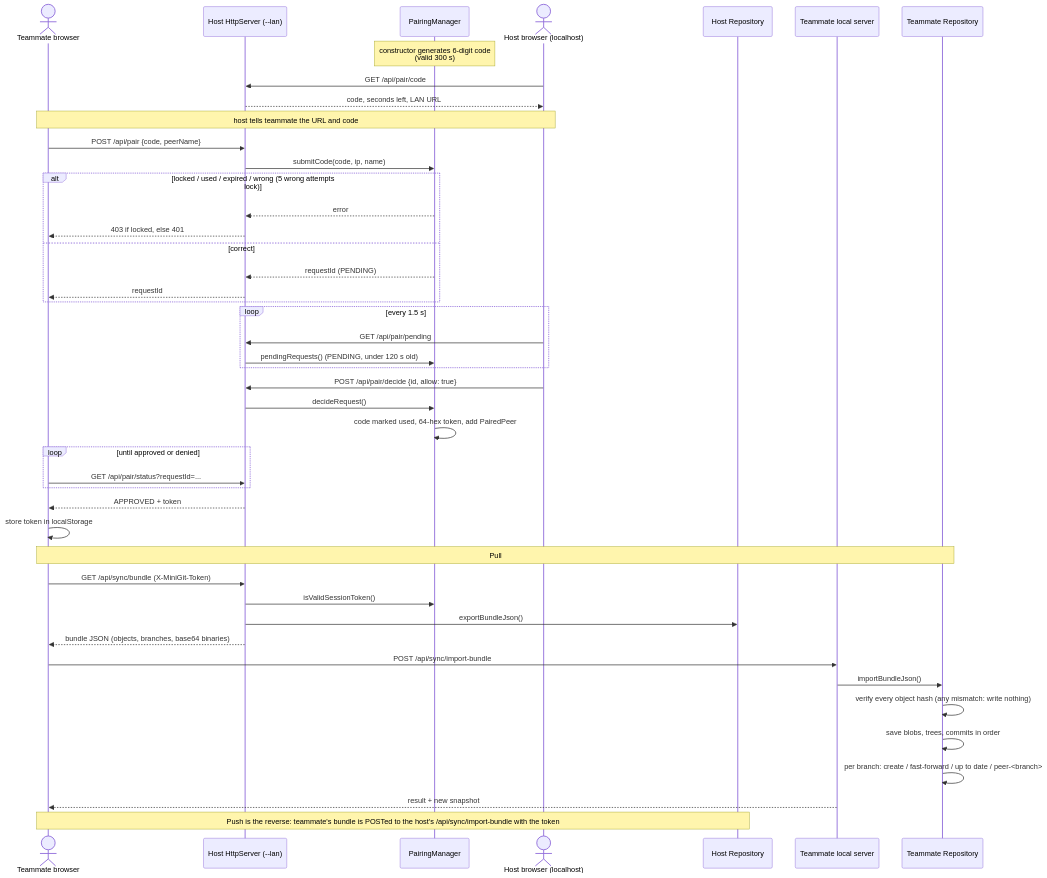
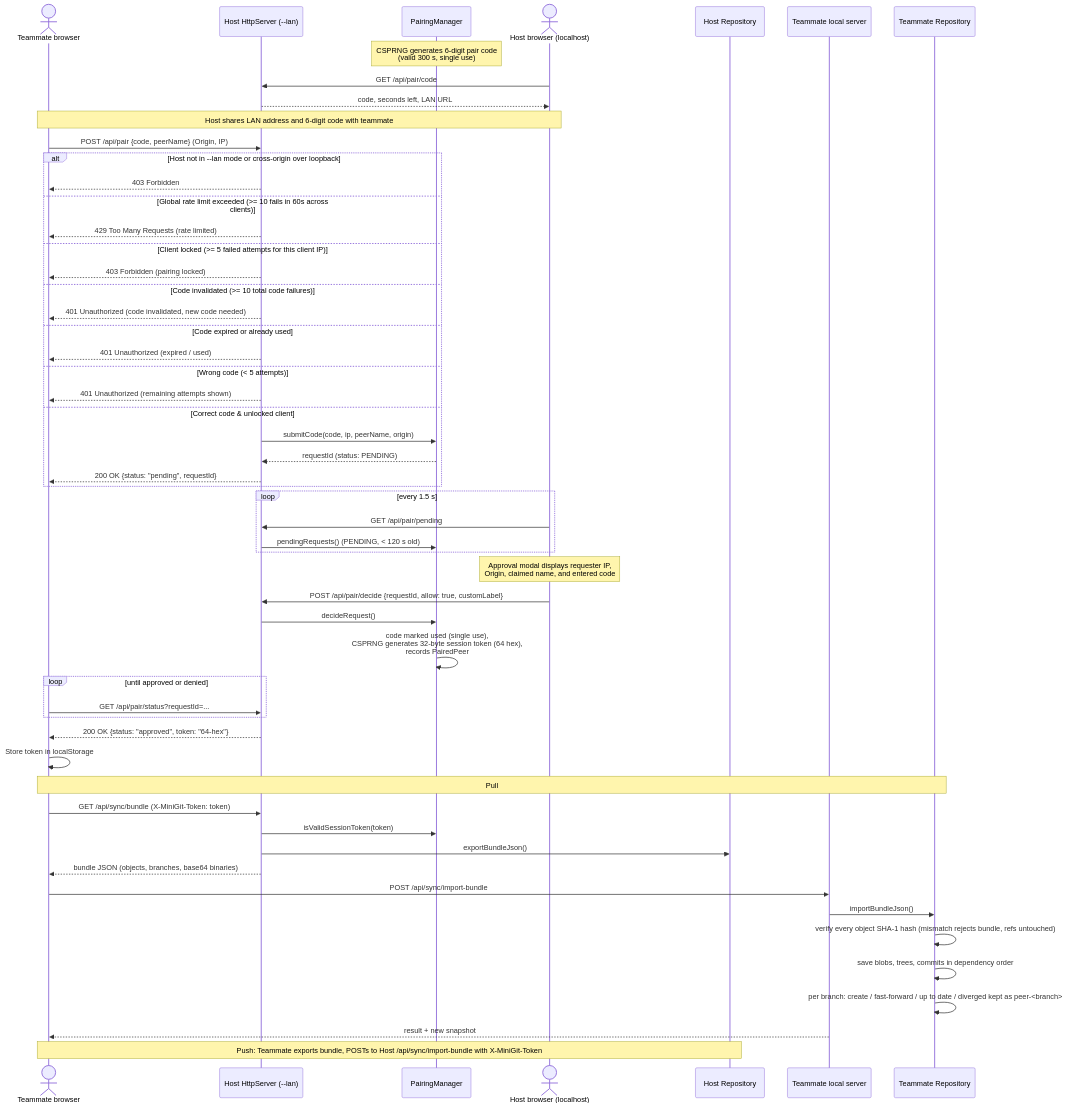
Before and after one commit to tavishchaudhary007/Mini-Git: the diagram in docs/diagrams/sequence-pairing-sync.md, drawn with Mermaid. The commit also changed 7 other files, not shown here.

Commit message:
docs: update README, architecture and diagrams for lane graph, security hardening, tests and license

````diff
--- a/docs/diagrams/sequence-pairing-sync.md
+++ b/docs/diagrams/sequence-pairing-sync.md
@@ -5,53 +5,63 @@
 ```mermaid
 sequenceDiagram
     actor T as Teammate browser
     participant HS as Host HttpServer (--lan)
     participant PM as PairingManager
     actor HO as Host browser (localhost)
     participant HR as Host Repository
     participant TS as Teammate local server
     participant TR as Teammate Repository
 
-    Note over PM: constructor generates 6-digit code<br/>(valid 300 s)
+    Note over PM: CSPRNG generates 6-digit pair code<br/>(valid 300 s, single use)
     HO->>HS: GET /api/pair/code
     HS-->>HO: code, seconds left, LAN URL
-    Note over HO,T: host tells teammate the URL and code
+    Note over HO,T: Host shares LAN address and 6-digit code with teammate
 
-    T->>HS: POST /api/pair {code, peerName}
-    HS->>PM: submitCode(code, ip, name)
-    alt locked / used / expired / wrong (5 wrong attempts lock)
-        PM-->>HS: error
-        HS-->>T: 403 if locked, else 401
-    else correct
-        PM-->>HS: requestId (PENDING)
-        HS-->>T: requestId
+    T->>HS: POST /api/pair {code, peerName} (Origin, IP)
+    alt Host not in --lan mode or cross-origin over loopback
+        HS-->>T: 403 Forbidden
+    else Global rate limit exceeded (>= 10 fails in 60s across clients)
+        HS-->>T: 429 Too Many Requests (rate limited)
+    else Client locked (>= 5 failed attempts for this client IP)
+        HS-->>T: 403 Forbidden (pairing locked)
+    else Code invalidated (>= 10 total code failures)
+        HS-->>T: 401 Unauthorized (code invalidated, new code needed)
+    else Code expired or already used
+        HS-->>T: 401 Unauthorized (expired / used)
+    else Wrong code (< 5 attempts)
+        HS-->>T: 401 Unauthorized (remaining attempts shown)
+    else Correct code & unlocked client
+        HS->>PM: submitCode(code, ip, peerName, origin)
+        PM-->>HS: requestId (status: PENDING)
+        HS-->>T: 200 OK {status: "pending", requestId}
     end
 
     loop every 1.5 s
         HO->>HS: GET /api/pair/pending
-        HS->>PM: pendingRequests() (PENDING, under 120 s old)
+        HS->>PM: pendingRequests() (PENDING, < 120 s old)
     end
-    HO->>HS: POST /api/pair/decide {id, allow: true}
+    Note over HO: Approval modal displays requester IP,<br/>Origin, claimed name, and entered code
+    HO->>HS: POST /api/pair/decide {requestId, allow: true, customLabel}
     HS->>PM: decideRequest()
-    PM->>PM: code marked used, 64-hex token, add PairedPeer
+    PM->>PM: code marked used (single use),<br/>CSPRNG generates 32-byte session token (64 hex),<br/>records PairedPeer
 
     loop until approved or denied
         T->>HS: GET /api/pair/status?requestId=...
     end
-    HS-->>T: APPROVED + token
-    T->>T: store token in localStorage
+    HS-->>T: 200 OK {status: "approved", token: "64-hex"}
+    T->>T: Store token in localStorage
 
     Note over T,TR: Pull
-    T->>HS: GET /api/sync/bundle (X-MiniGit-Token)
-    HS->>PM: isValidSessionToken()
+    T->>HS: GET /api/sync/bundle (X-MiniGit-Token: token)
+    HS->>PM: isValidSessionToken(token)
     HS->>HR: exportBundleJson()
     HS-->>T: bundle JSON (objects, branches, base64 binaries)
     T->>TS: POST /api/sync/import-bundle
     TS->>TR: importBundleJson()
-    TR->>TR: verify every object hash (any mismatch: write nothing)
-    TR->>TR: save blobs, trees, commits in order
-    TR->>TR: per branch: create / fast-forward / up to date / peer-<branch>
+    TR->>TR: verify every object SHA-1 hash (mismatch rejects bundle, refs untouched)
+    TR->>TR: save blobs, trees, commits in dependency order
+    TR->>TR: per branch: create / fast-forward / up to date / diverged kept as peer-<branch>
     TS-->>T: result + new snapshot
 
-    Note over T,HR: Push is the reverse: teammate's bundle is POSTed to the host's /api/sync/import-bundle with the token
+    Note over T,HR: Push: Teammate exports bundle, POSTs to Host /api/sync/import-bundle with X-MiniGit-Token
 ```
````
